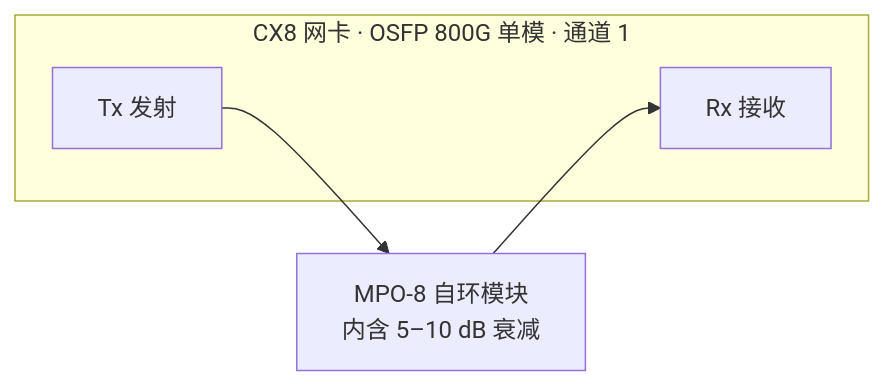
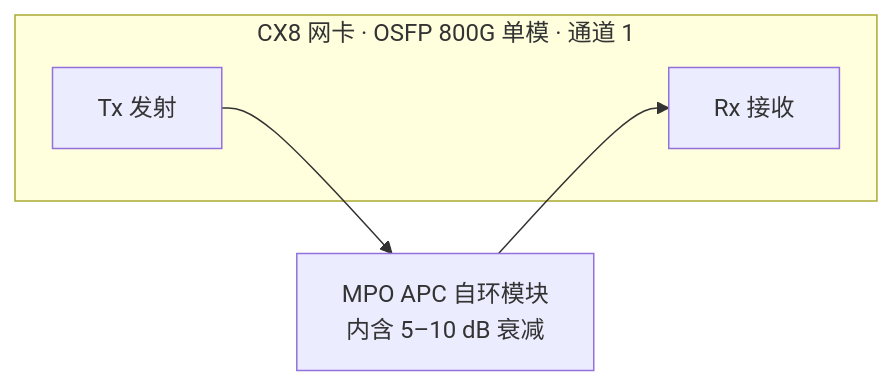
The third of 3 diagrams in docs/cx8-loopback.md (mengxidong-manager/nvidia), drawn with Mermaid before and after one commit. The commit also changed other lines of this file, not shown here.

First line of the commit message:
docs: 修正 CX8 自环手册与 800G 光模块文档的 OSFP/MPO 错误

````diff
--- a/docs/cx8-loopback.md
+++ b/docs/cx8-loopback.md
@@ -90,9 +113,9 @@
 ```mermaid
 graph LR
   subgraph C["CX8 网卡 · OSFP 800G 单模 · 通道 1"]
     TX["Tx 发射"]
     RX["Rx 接收"]
   end
-  TX --> ATT["MPO-8 自环模块<br/>内含 5–10 dB 衰减"]
+  TX --> ATT["MPO APC 自环模块<br/>内含 5–10 dB 衰减"]
   ATT --> RX
 ```
````
